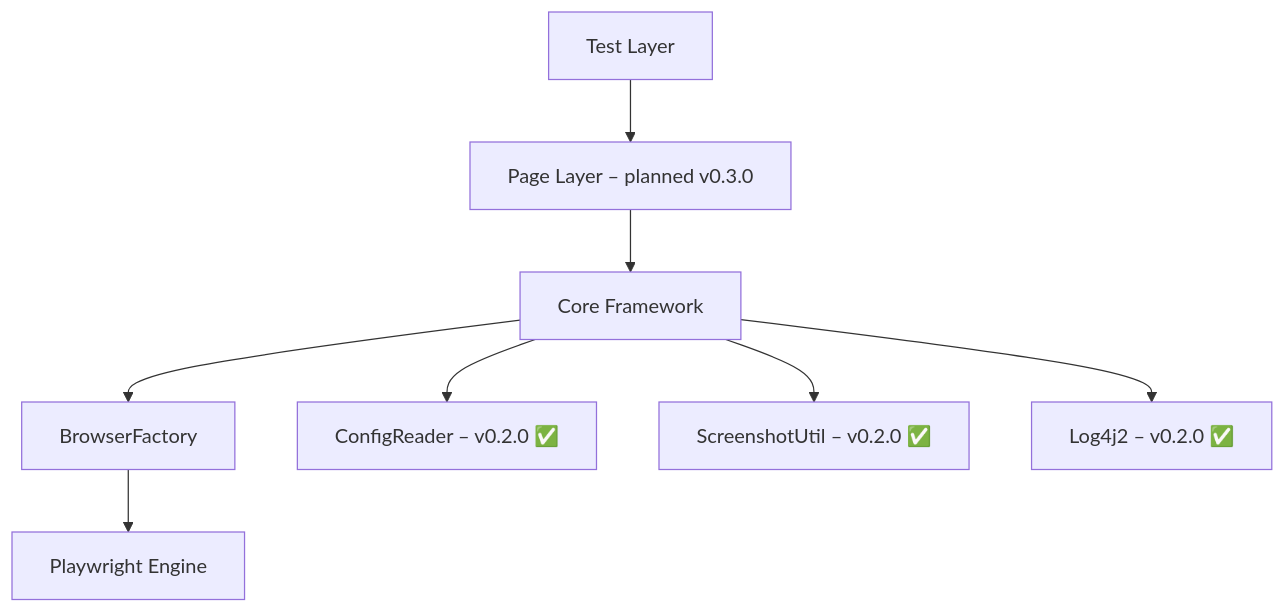
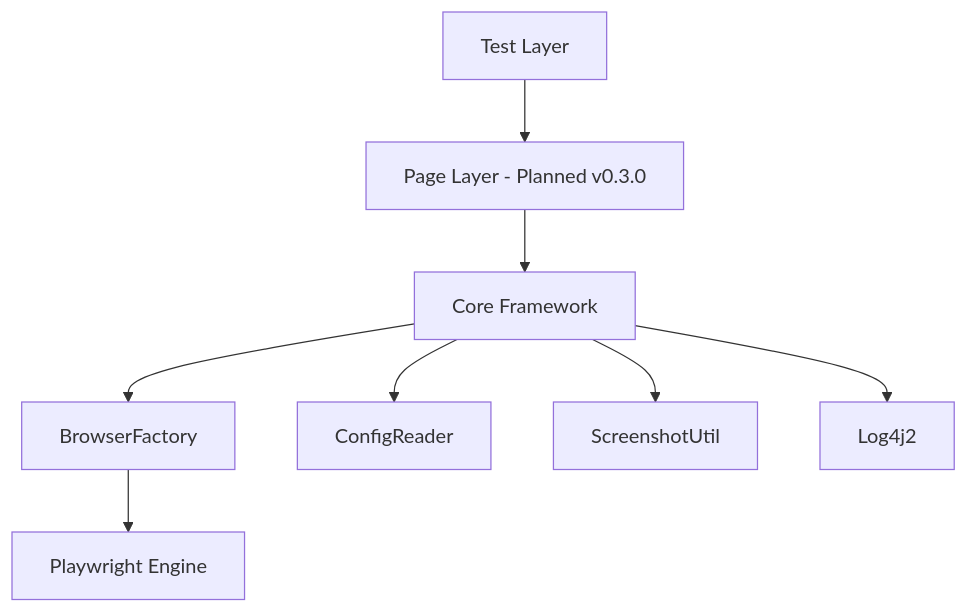
Before and after one commit to opencode-qa/hybrid-framework: the second of 5 diagrams in README.md, drawn with Mermaid. The commit also changed other lines of this file, not shown here.

````diff
--- a/README.md
+++ b/README.md
@@ -132,10 +159,21 @@
 ```mermaid
 graph TD
-    Tests[Test Layer] --> Pages[Page Layer – planned v0.3.0]
-    Pages --> Core[Core Framework]
-    Core --> Driver[BrowserFactory]
-    Core --> Config[ConfigReader – v0.2.0 ✅]
-    Core --> Utils[ScreenshotUtil – v0.2.0 ✅]
-    Core --> Logging[Log4j2 – v0.2.0 ✅]
-    Driver --> PW[Playwright Engine]
+    Tests[Test Layer]
+    Pages[Page Layer - Planned v0.3.0]
+    Core[Core Framework]
+    Driver[BrowserFactory]
+    Config[ConfigReader]
+    Utils[ScreenshotUtil]
+    Logging[Log4j2]
+    PW[Playwright Engine]
+
+    Tests --> Pages
+    Pages --> Core
+
+    Core --> Driver
+    Core --> Config
+    Core --> Utils
+    Core --> Logging
+
+    Driver --> PW
 ```
````
